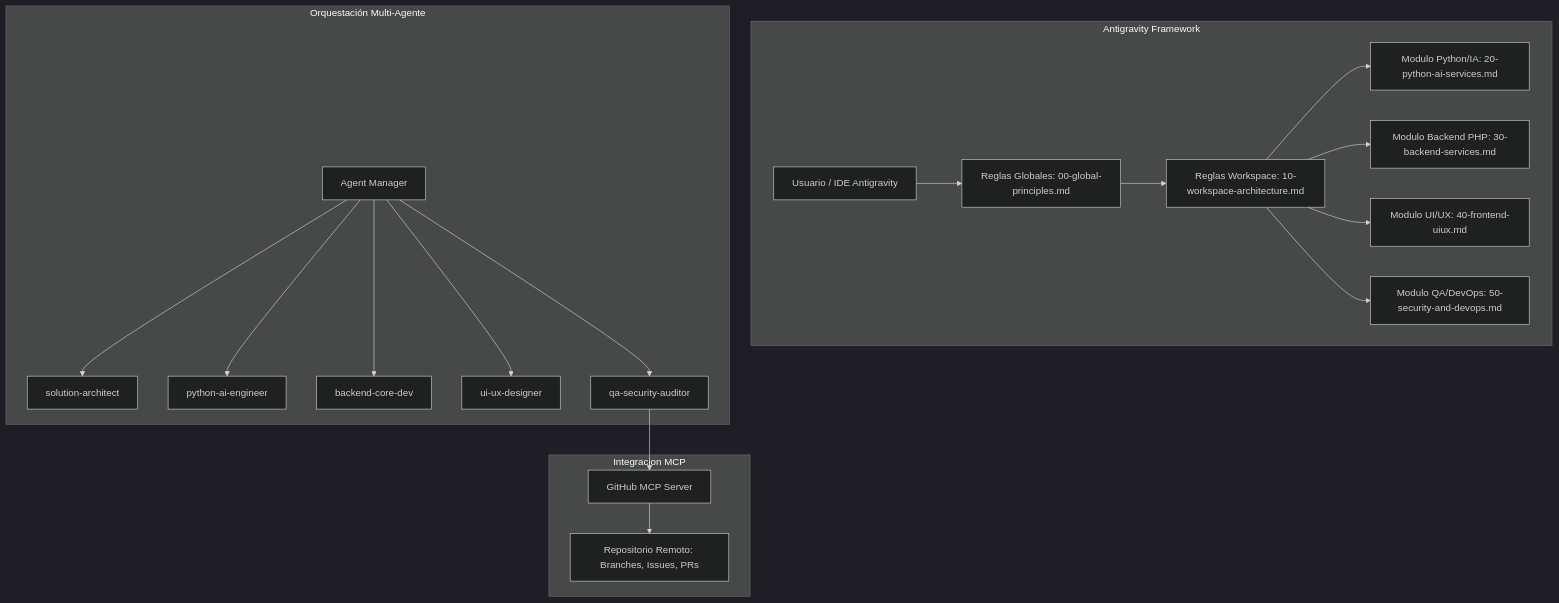
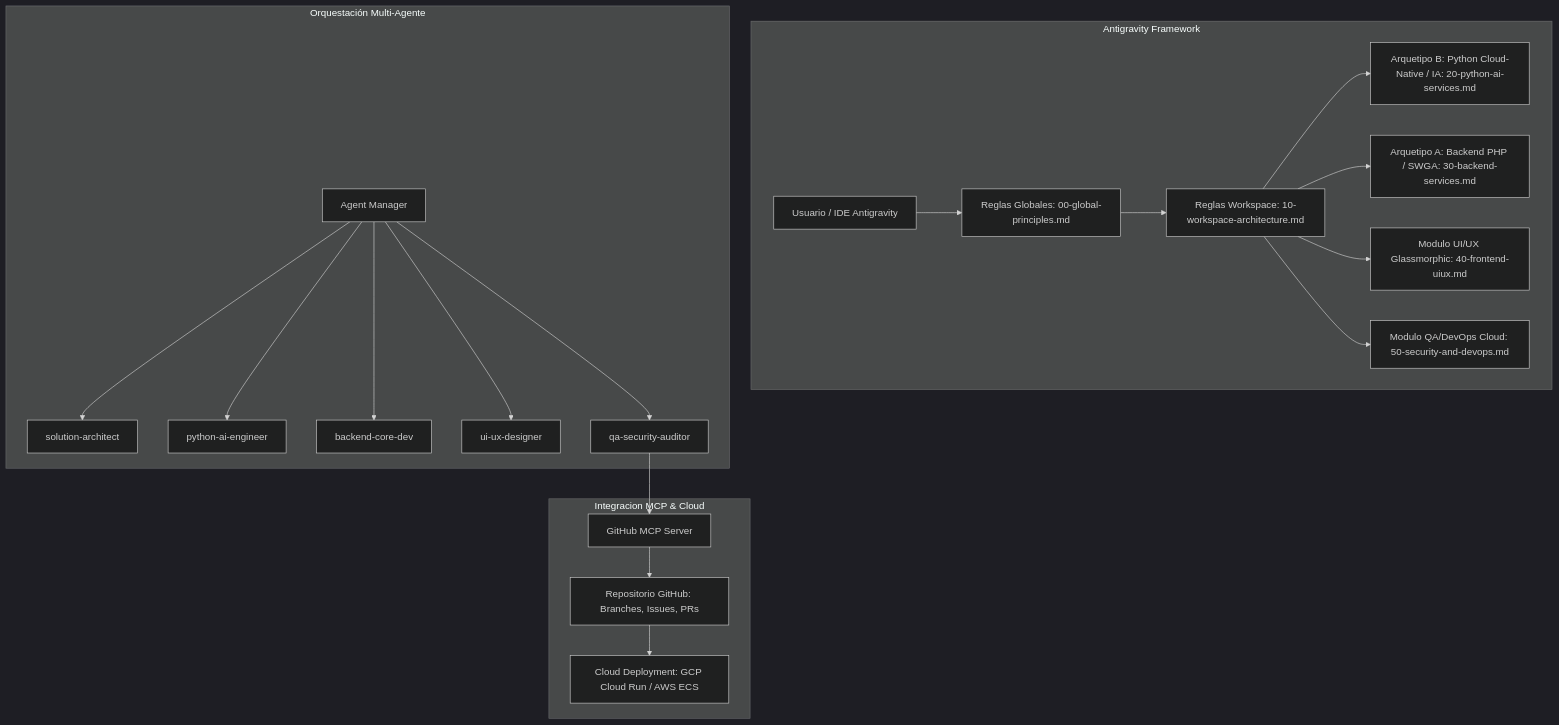
Before and after one commit to rogerrcarvajal/antigravity-deep-configuration: the diagram in Docs/PLAN_IMPLEMENTACION_ANTIGRAVITY.md, drawn with Mermaid (dark theme). The commit also changed other lines of this file and 16 other files, not shown here.

Commit message:
feat: evolucionar skills y reglas a arquitectura multi-arquetipo (core web y cloud-native ai-first)

````diff
--- a/Docs/PLAN_IMPLEMENTACION_ANTIGRAVITY.md
+++ b/Docs/PLAN_IMPLEMENTACION_ANTIGRAVITY.md
@@ -16,24 +19,25 @@
 ```mermaid
 graph TD
     subgraph Antigravity Framework
         A[Usuario / IDE Antigravity] --> B[Reglas Globales: 00-global-principles.md]
         B --> C[Reglas Workspace: 10-workspace-architecture.md]
-        C --> D1[Modulo Python/IA: 20-python-ai-services.md]
-        C --> D2[Modulo Backend PHP: 30-backend-services.md]
-        C --> D3[Modulo UI/UX: 40-frontend-uiux.md]
-        C --> D4[Modulo QA/DevOps: 50-security-and-devops.md]
+        C --> D1[Arquetipo B: Python Cloud-Native / IA: 20-python-ai-services.md]
+        C --> D2[Arquetipo A: Backend PHP / SWGA: 30-backend-services.md]
+        C --> D3[Modulo UI/UX Glassmorphic: 40-frontend-uiux.md]
+        C --> D4[Modulo QA/DevOps Cloud: 50-security-and-devops.md]
     end
 
     subgraph Orquestación Multi-Agente
         E[Agent Manager] --> F1[solution-architect]
         E --> F2[python-ai-engineer]
         E --> F3[backend-core-dev]
         E --> F4[ui-ux-designer]
         E --> F5[qa-security-auditor]
     end
 
-    subgraph Integracion MCP
+    subgraph Integracion MCP & Cloud
         F5 --> G[GitHub MCP Server]
-        G --> H[Repositorio Remoto: Branches, Issues, PRs]
+        G --> H[Repositorio GitHub: Branches, Issues, PRs]
+        H --> I[Cloud Deployment: GCP Cloud Run / AWS ECS]
     end
 ```
````
